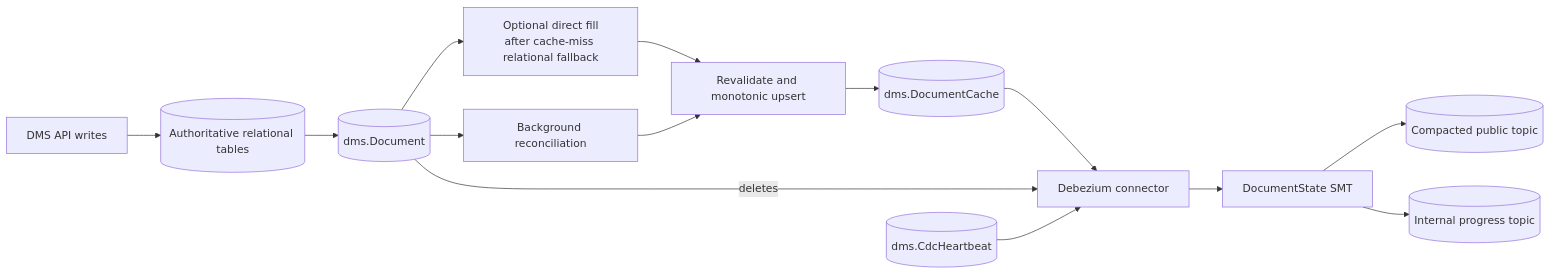
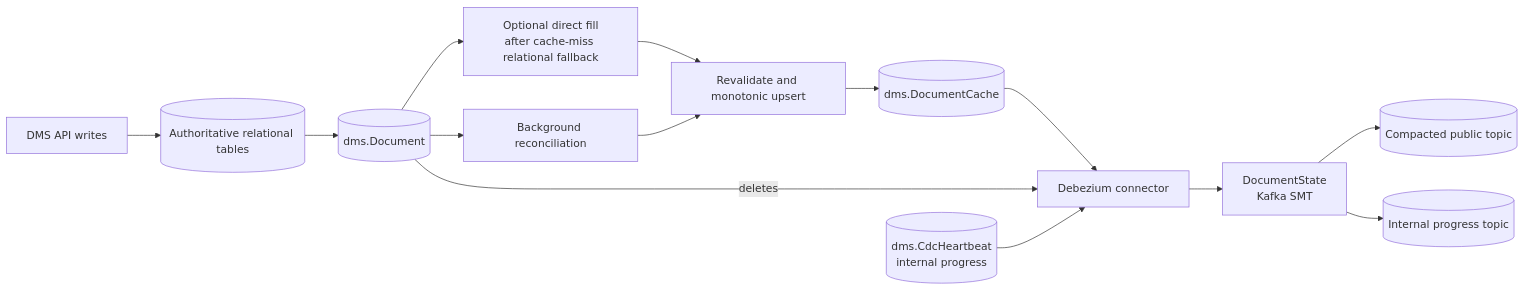
The first of 10 diagrams in PRESENTATION.md (Ed-Fi-Alliance-OSS/Data-Management-Service), drawn with Mermaid before and after one commit. The commit also changed other lines of this file, not shown here.

````diff
--- a/PRESENTATION.md
+++ b/PRESENTATION.md
@@ -62,16 +62,16 @@
 ```mermaid
 flowchart LR
     API[DMS API writes] --> DB[(Authoritative relational tables)]
     DB --> DOC[(dms.Document)]
     DOC --> FILL[Optional direct fill<br/>after cache-miss relational fallback]
     DOC --> RECON[Background reconciliation]
     FILL --> UPSERT[Revalidate and monotonic upsert]
     RECON --> UPSERT
     UPSERT --> CACHE[(dms.DocumentCache)]
     CACHE --> DEB[Debezium connector]
     DOC -->|deletes| DEB
-    HB[(dms.CdcHeartbeat)] --> DEB
-    DEB --> SMT[DocumentState SMT]
+    HB[(dms.CdcHeartbeat<br/>internal progress)] --> DEB
+    DEB --> SMT[DocumentState<br/>Kafka SMT]
     SMT --> PUB[(Compacted public topic)]
     SMT --> PROG[(Internal progress topic)]
 ```
````
